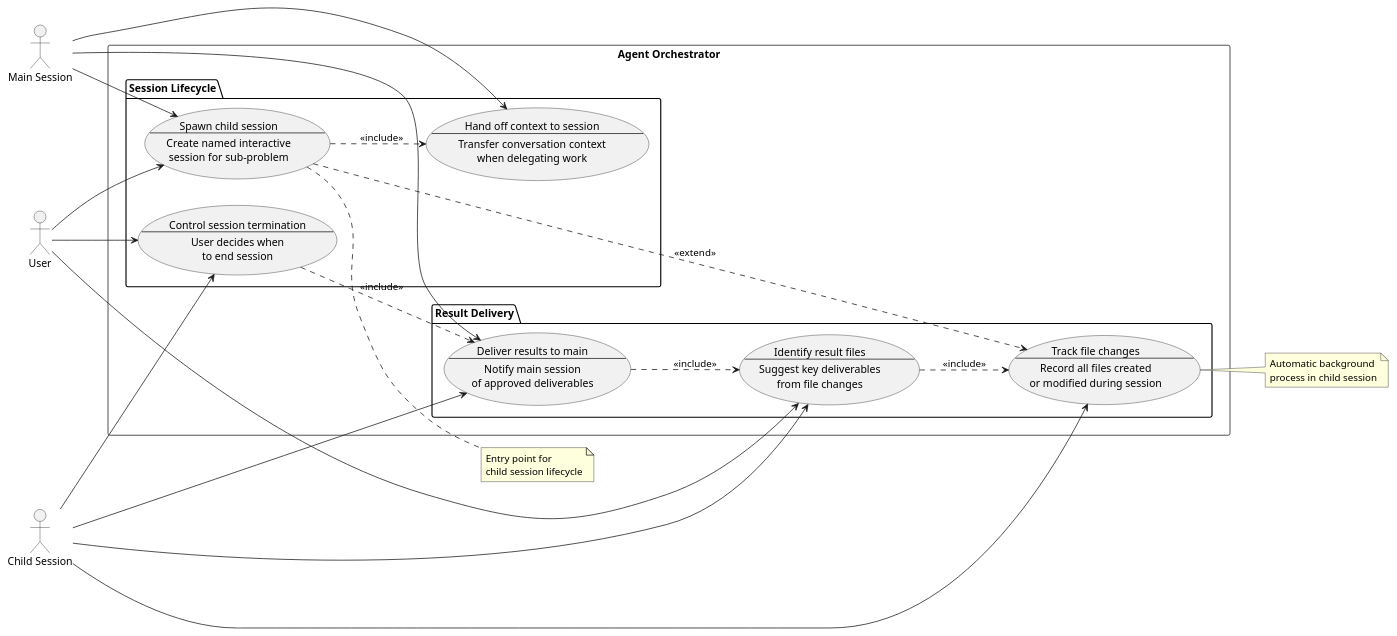
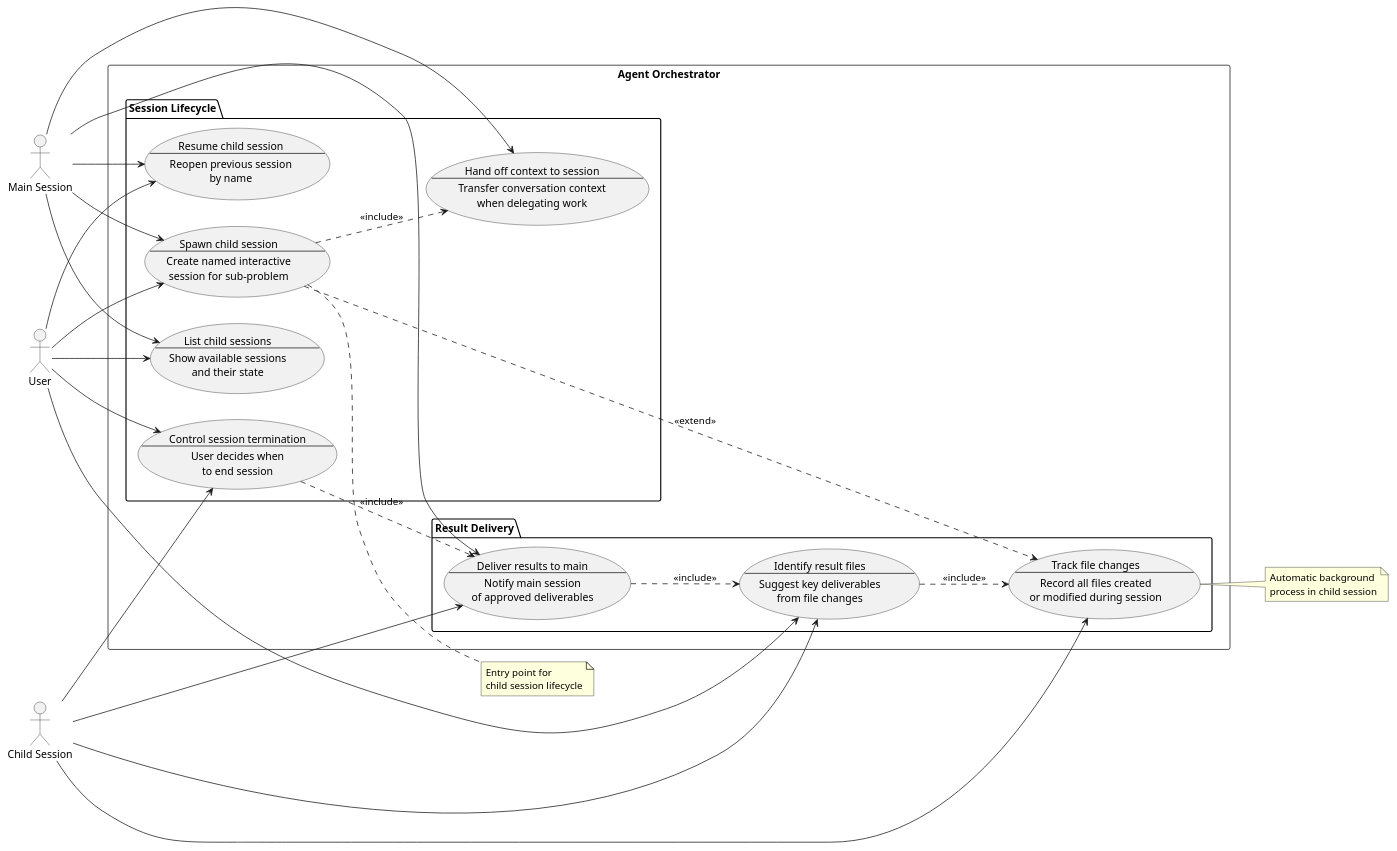
One commit to studykit/studykit-marketplace changed the diagram in A4/co-think/agent-orchestrator.usecase.md. Above: the diagram before and after it, drawn with PlantUML. The commit also changed other lines of this file and 1 other file, not shown here.

First line of the commit message:
usecase(agent-orchestrator): revision 11

````diff
--- a/A4/co-think/agent-orchestrator.usecase.md
+++ b/A4/co-think/agent-orchestrator.usecase.md
@@ -81,70 +82,82 @@
 ```plantuml
 @startuml
 left to right direction
 
 actor "User" as user
 actor "Main Session" as main
 actor "Child Session" as child
 
 rectangle "Agent Orchestrator" {
   package "Session Lifecycle" {
     usecase UC2 as "Spawn child session
     --
     Create named interactive
     session for sub-problem"
     usecase UC14 as "Hand off context to session
     --
     Transfer conversation context
     when delegating work"
     usecase UC6 as "Control session termination
     --
     User decides when
     to end session"
+    usecase UC11 as "Resume child session
+    --
+    Reopen previous session
+    by name"
+    usecase UC19 as "List child sessions
+    --
+    Show available sessions
+    and their state"
   }
 
   package "Result Delivery" {
     usecase UC8 as "Track file changes
     --
     Record all files created
     or modified during session"
     usecase UC9 as "Identify result files
     --
     Suggest key deliverables
     from file changes"
     usecase UC10 as "Deliver results to main
     --
     Notify main session
     of approved deliverables"
   }
 }
 
 user --> UC2
 user --> UC6
 user --> UC9
+user --> UC11
+user --> UC19
 
 main --> UC2
 main --> UC10
+main --> UC11
+main --> UC19
 main --> UC14
 
 child --> UC6
 child --> UC8
 child --> UC9
 child --> UC10
 
 UC2 ..> UC14 : <<include>>
 UC2 ..> UC8 : <<extend>>
 UC9 ..> UC8 : <<include>>
 UC10 ..> UC9 : <<include>>
 UC6 ..> UC10 : <<include>>
 
 note right of UC2
   Entry point for
   child session lifecycle
 end note
 
 note right of UC8
   Automatic background
   process in child session
 end note
 @enduml
 ```
````
